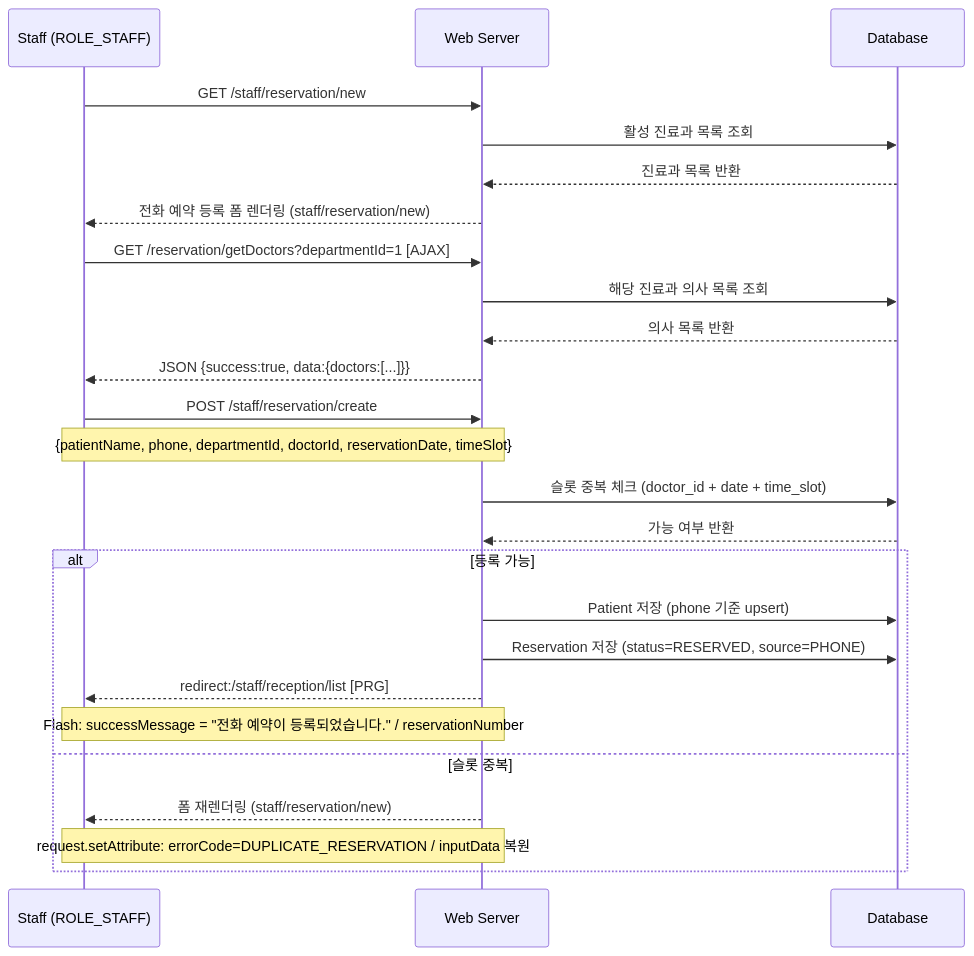
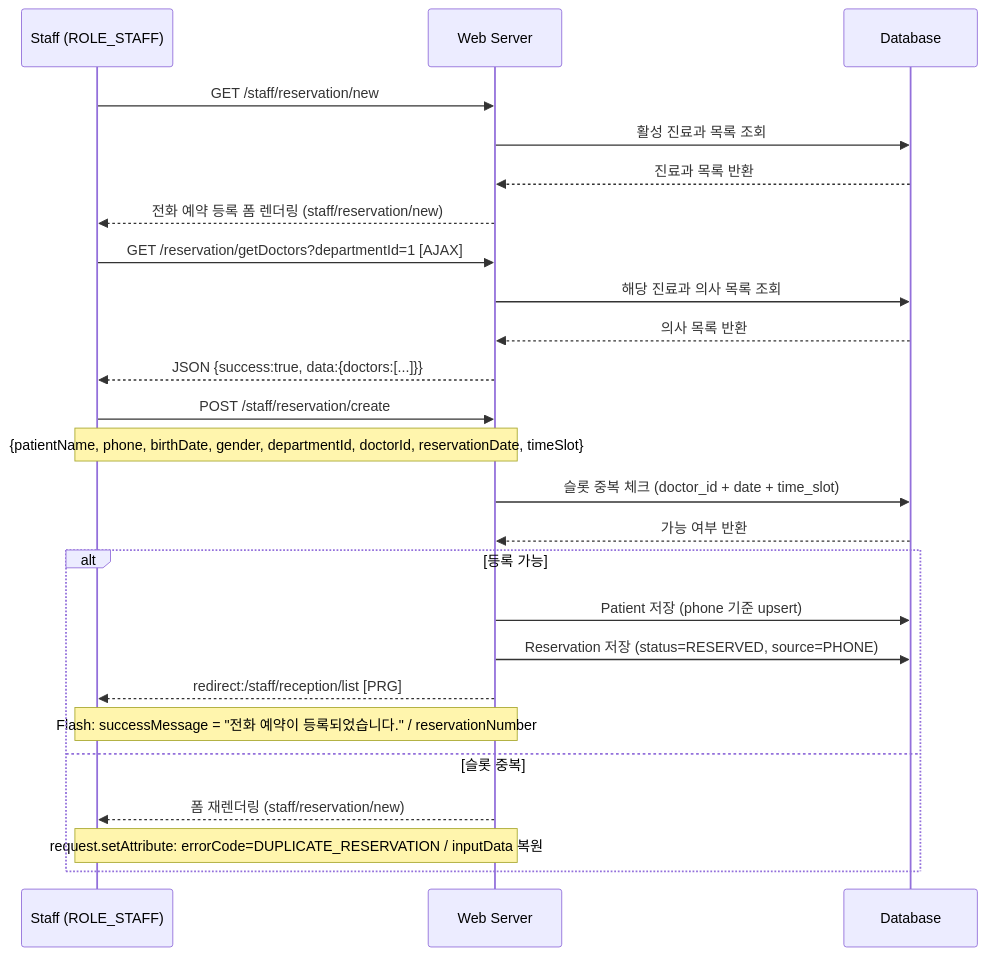
Before and after one commit to proejct-team-alpha/documents: the fourth of 17 diagrams in 05_화면_흐름_시퀀스_다이어그램/🏥_병원_예약_&_내부_업무_시스템_—_화면_흐름_시퀀스_다이어그램_v5.md, drawn with Mermaid. The commit also changed other lines of this file and 7 other files, not shown here.

First line of the commit message:
PATIENT 테이블: 생년월일(birth_date) + 성별(gender) 추가 및 관련 문서 업데이트

````diff
--- a/05_화면_흐름_시퀀스_다이어그램/🏥_병원_예약_&_내부_업무_시스템_—_화면_흐름_시퀀스_다이어그램_v5.md
+++ b/05_화면_흐름_시퀀스_다이어그램/🏥_병원_예약_&_내부_업무_시스템_—_화면_흐름_시퀀스_다이어그램_v5.md
@@ -283,31 +283,31 @@
 ```mermaid
 sequenceDiagram
     participant S  as Staff (ROLE_STAFF)
     participant W  as Web Server
     participant DB as Database
 
     S->>W: GET /staff/reservation/new
     W->>DB: 활성 진료과 목록 조회
     DB-->>W: 진료과 목록 반환
     W-->>S: 전화 예약 등록 폼 렌더링 (staff/reservation/new)
 
     S->>W: GET /reservation/getDoctors?departmentId=1  [AJAX]
     W->>DB: 해당 진료과 의사 목록 조회
     DB-->>W: 의사 목록 반환
     W-->>S: JSON {success:true, data:{doctors:[...]}}
 
     S->>W: POST /staff/reservation/create
-    Note over S,W: {patientName, phone, departmentId, doctorId, reservationDate, timeSlot}
+    Note over S,W: {patientName, phone, birthDate, gender, departmentId, doctorId, reservationDate, timeSlot}
     W->>DB: 슬롯 중복 체크 (doctor_id + date + time_slot)
     DB-->>W: 가능 여부 반환
 
     alt 등록 가능
         W->>DB: Patient 저장 (phone 기준 upsert)
         W->>DB: Reservation 저장 (status=RESERVED, source=PHONE)
         W-->>S: redirect:/staff/reception/list [PRG]
         Note over W,S: Flash: successMessage = "전화 예약이 등록되었습니다." / reservationNumber
     else 슬롯 중복
         W-->>S: 폼 재렌더링 (staff/reservation/new)
         Note over W,S: request.setAttribute: errorCode=DUPLICATE_RESERVATION / inputData 복원
     end
 ```
````
